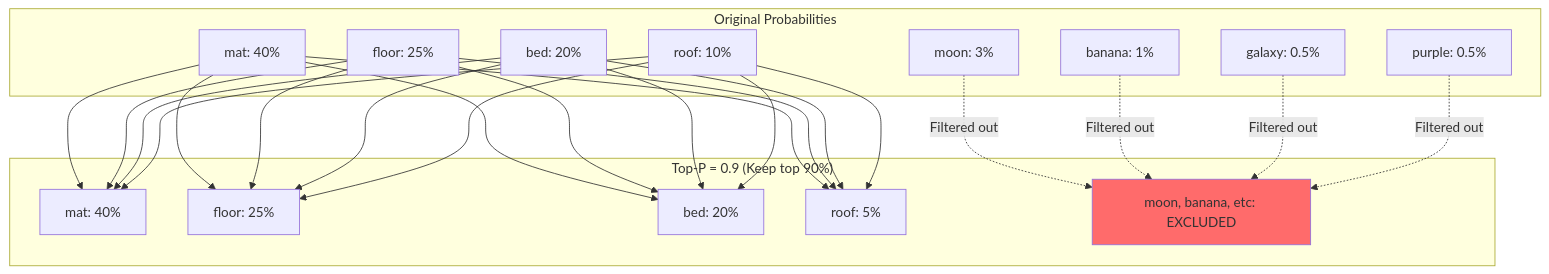
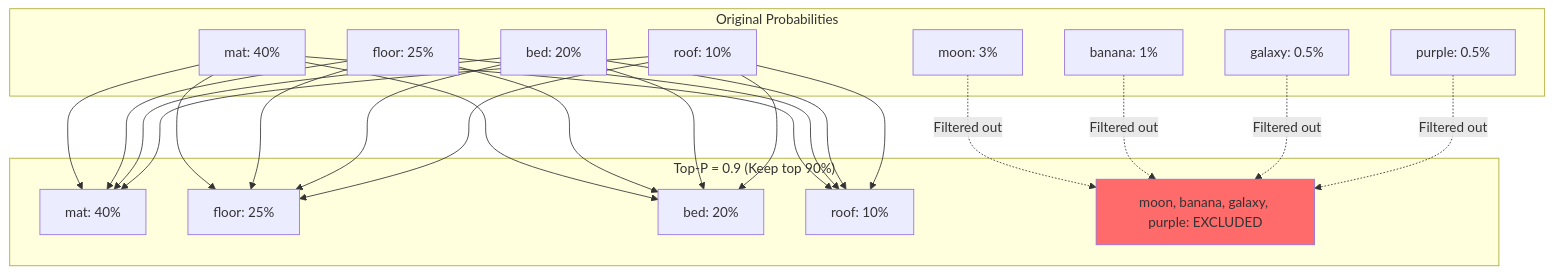
Before and after one commit to akshkr/akashnotes: the sixth of 7 diagrams in Phase_1_LLM_Foundations/Day_004_temperature_and_sampling_part1/temperature_and_sampling_part1.md, drawn with Mermaid. The commit also changed other lines of this file and 95 other files, not shown here.

````diff
--- a/Phase_1_LLM_Foundations/Day_004_temperature_and_sampling_part1/temperature_and_sampling_part1.md
+++ b/Phase_1_LLM_Foundations/Day_004_temperature_and_sampling_part1/temperature_and_sampling_part1.md
@@ -226,26 +233,26 @@
 ```mermaid
 flowchart TB
     subgraph "Original Probabilities"
         O1["mat: 40%"]
         O2["floor: 25%"]
         O3["bed: 20%"]
         O4["roof: 10%"]
         O5["moon: 3%"]
         O6["banana: 1%"]
         O7["galaxy: 0.5%"]
         O8["purple: 0.5%"]
     end
 
     subgraph "Top-P = 0.9 (Keep top 90%)"
         T1["mat: 40%"]
         T2["floor: 25%"]
         T3["bed: 20%"]
-        T4["roof: 5%"]
-        T5["moon, banana, etc: EXCLUDED"]
+        T4["roof: 10%"]
+        T5["moon, banana, galaxy, purple: EXCLUDED"]
     end
 
     O1 & O2 & O3 & O4 --> T1 & T2 & T3 & T4
     O5 & O6 & O7 & O8 -.->|"Filtered out"| T5
 
     style T5 fill:#ff6b6b
 ```
````
